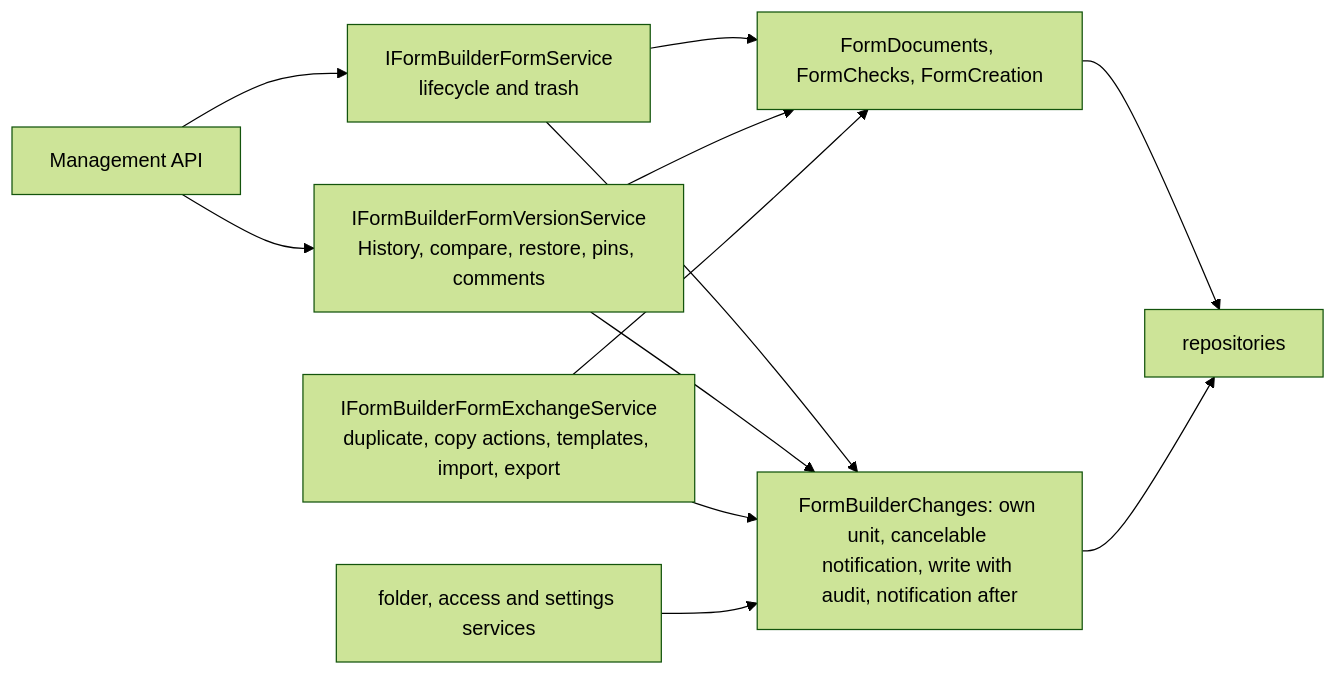
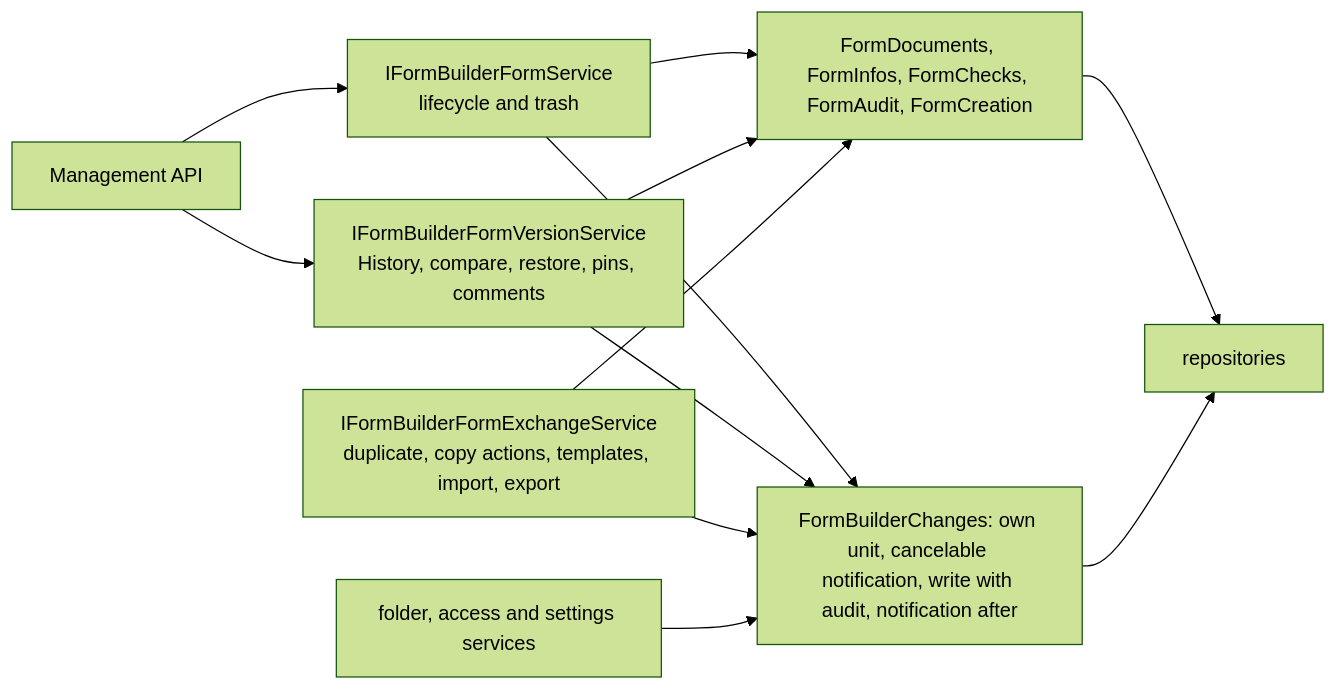
One commit to Jiron/Jiron.Umbraco.FormBuilder changed the second of 4 diagrams in docs/architecture.md. Above: the diagram before and after it, drawn with Mermaid (forest theme). The commit also changed 63 other files, not shown here.

````diff
--- a/docs/architecture.md
+++ b/docs/architecture.md
@@ -89,22 +89,22 @@
 ```mermaid
 flowchart LR
   api["Management API"]
   forms["IFormBuilderFormService<br>lifecycle and trash"]
   versions["IFormBuilderFormVersionService<br>History, compare, restore, pins, comments"]
   exchange["IFormBuilderFormExchangeService<br>duplicate, copy actions, templates, import, export"]
-  shared["FormDocuments, FormChecks, FormCreation"]
+  shared["FormDocuments, FormInfos, FormChecks, FormAudit, FormCreation"]
   others["folder, access and settings services"]
   changes["FormBuilderChanges: own unit, cancelable notification, write with audit, notification after"]
   repos["repositories"]
   api --> forms
   api --> versions
   forms --> shared
   versions --> shared
   exchange --> shared
   forms --> changes
   versions --> changes
   exchange --> changes
   others --> changes
   shared --> repos
   changes --> repos
 ```
````
